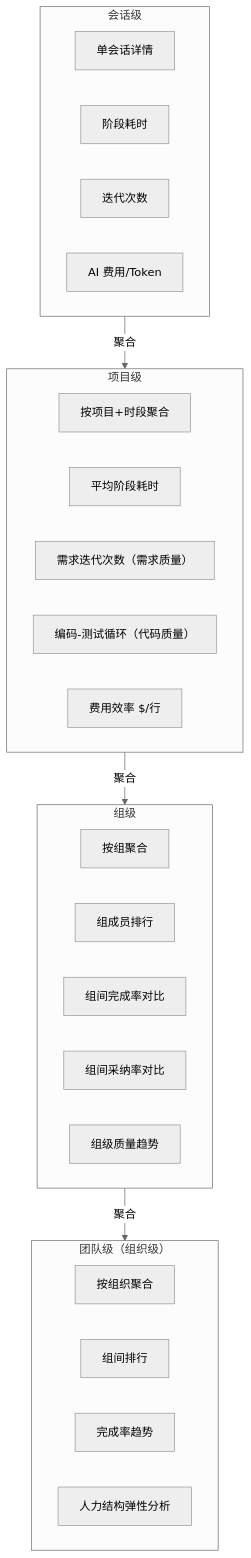
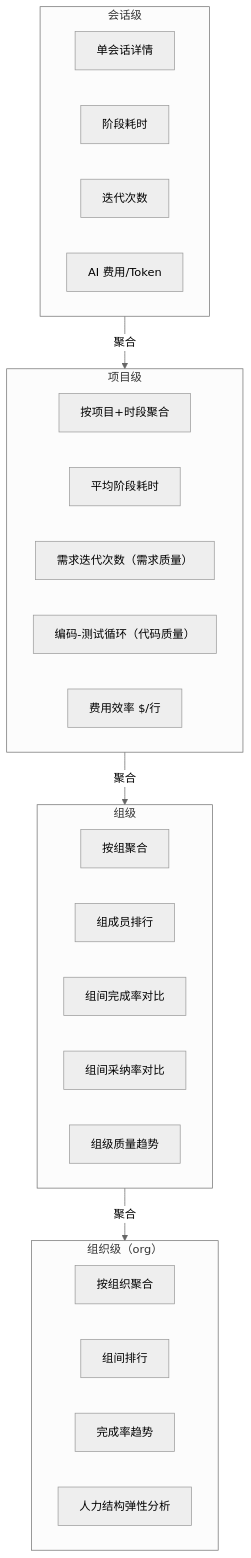
The fifth of 14 diagrams in specs/customize/session-management.md (wonglaitung/opencode), drawn with Mermaid (neutral theme) before and after one commit. The commit also changed other lines of this file, not shown here.

````diff
--- a/specs/customize/session-management.md
+++ b/specs/customize/session-management.md
@@ -194,36 +193,36 @@
 ```mermaid
 graph TB
     subgraph Session["会话级"]
         S1["单会话详情"]
         S1a["阶段耗时"]
         S1b["迭代次数"]
         S1c["AI 费用/Token"]
     end
 
     subgraph Project["项目级"]
         P1["按项目+时段聚合"]
         P1a["平均阶段耗时"]
         P1b["需求迭代次数（需求质量）"]
         P1c["编码-测试循环（代码质量）"]
         P1d["费用效率 $/行"]
     end
 
     subgraph Group["组级"]
         G1["按组聚合"]
         G1a["组成员排行"]
         G1b["组间完成率对比"]
         G1c["组间采纳率对比"]
         G1d["组级质量趋势"]
     end
 
-    subgraph Team["团队级（组织级）"]
+    subgraph Org["组织级（org）"]
         T1["按组织聚合"]
         T1a["组间排行"]
         T1b["完成率趋势"]
         T1c["人力结构弹性分析"]
     end
 
     Session -->|"聚合"| Project
     Project -->|"聚合"| Group
-    Group -->|"聚合"| Team
+    Group -->|"聚合"| Org
 ```
````
